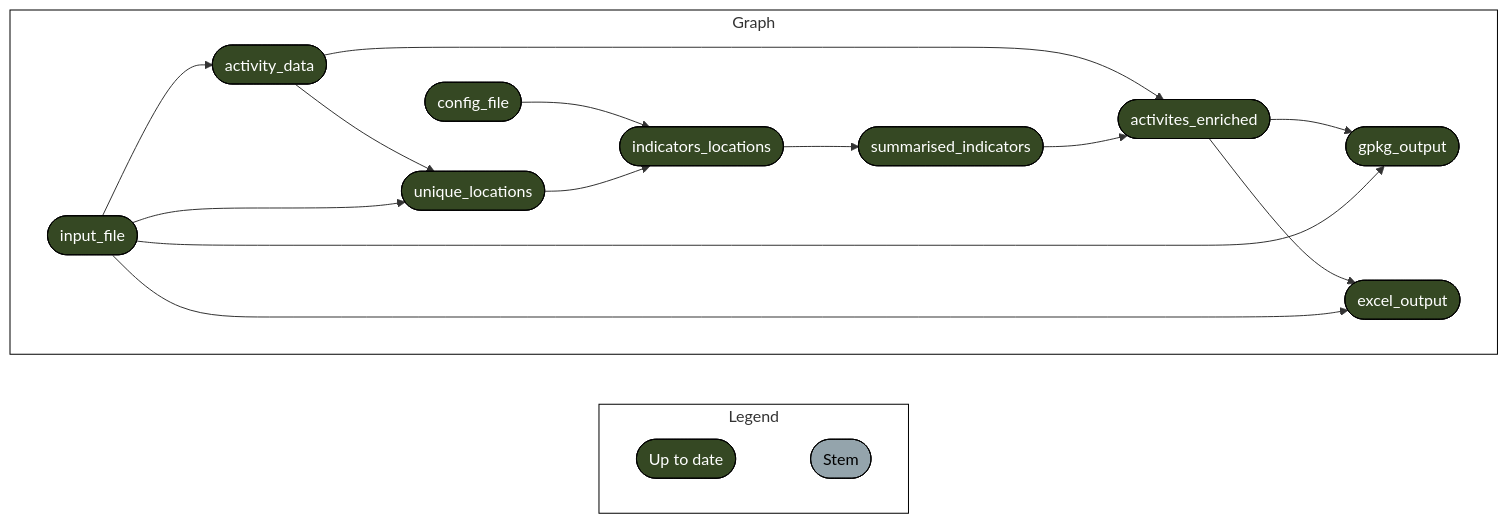
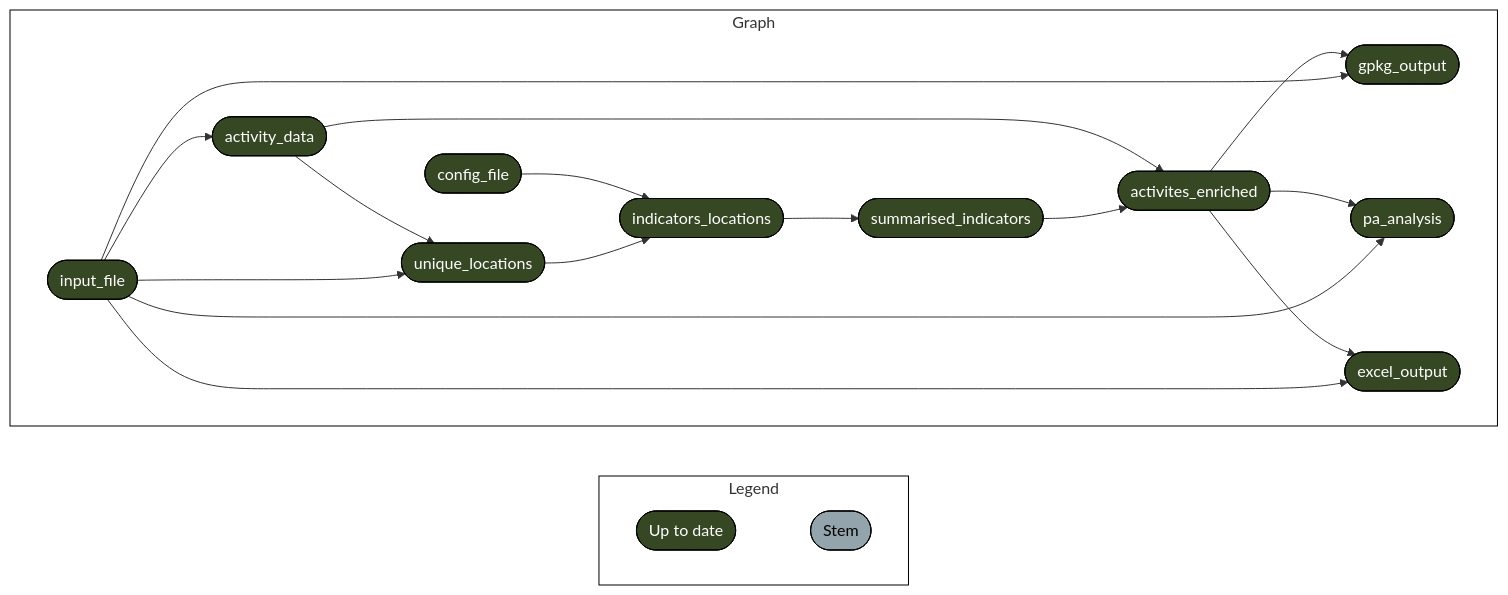
One commit to mapme-initiative/oda-portfolio changed the diagram in README.md. Above: the diagram before and after it, drawn with Mermaid.

Commit message:
render readme

````diff
--- a/README.md
+++ b/README.md
@@ -19,27 +19,29 @@
 ``` mermaid
 graph LR
   style Legend fill:#FFFFFF00,stroke:#000000;
   style Graph fill:#FFFFFF00,stroke:#000000;
   subgraph Legend
     direction LR
     xf1522833a4d242c5([""Up to date""]):::uptodate --- xd03d7c7dd2ddda2b([""Stem""]):::none
   end
   subgraph Graph
     direction LR
     x31d8d3daa8f8e034(["activites_enriched"]):::uptodate --> x87ba475ce69b80a8(["gpkg_output"]):::uptodate
     x721addc77afbcf42(["input_file"]):::uptodate --> x87ba475ce69b80a8(["gpkg_output"]):::uptodate
     x721addc77afbcf42(["input_file"]):::uptodate --> x9be9fe4c25e464e0(["activity_data"]):::uptodate
     xd80c6efdd95a74a4(["indicators_locations"]):::uptodate --> x1ba9c4ef45365262(["summarised_indicators"]):::uptodate
     x9be9fe4c25e464e0(["activity_data"]):::uptodate --> x901ac07110e697ee(["unique_locations"]):::uptodate
     x721addc77afbcf42(["input_file"]):::uptodate --> x901ac07110e697ee(["unique_locations"]):::uptodate
+    x31d8d3daa8f8e034(["activites_enriched"]):::uptodate --> x01c0df6efcc597df(["pa_analysis"]):::uptodate
+    x721addc77afbcf42(["input_file"]):::uptodate --> x01c0df6efcc597df(["pa_analysis"]):::uptodate
     x9be9fe4c25e464e0(["activity_data"]):::uptodate --> x31d8d3daa8f8e034(["activites_enriched"]):::uptodate
     x1ba9c4ef45365262(["summarised_indicators"]):::uptodate --> x31d8d3daa8f8e034(["activites_enriched"]):::uptodate
     x31d8d3daa8f8e034(["activites_enriched"]):::uptodate --> x79629de1855e879d(["excel_output"]):::uptodate
     x721addc77afbcf42(["input_file"]):::uptodate --> x79629de1855e879d(["excel_output"]):::uptodate
     x9909b451a6a56060(["config_file"]):::uptodate --> xd80c6efdd95a74a4(["indicators_locations"]):::uptodate
     x901ac07110e697ee(["unique_locations"]):::uptodate --> xd80c6efdd95a74a4(["indicators_locations"]):::uptodate
   end
   classDef uptodate stroke:#000000,color:#ffffff,fill:#354823;
   classDef none stroke:#000000,color:#000000,fill:#94a4ac;
   linkStyle 0 stroke-width:0px;
 ```
````
